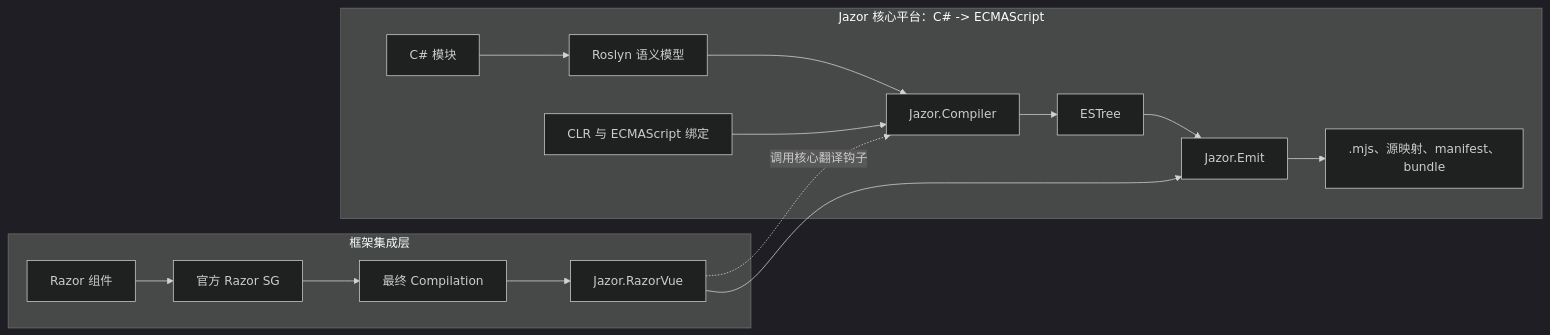
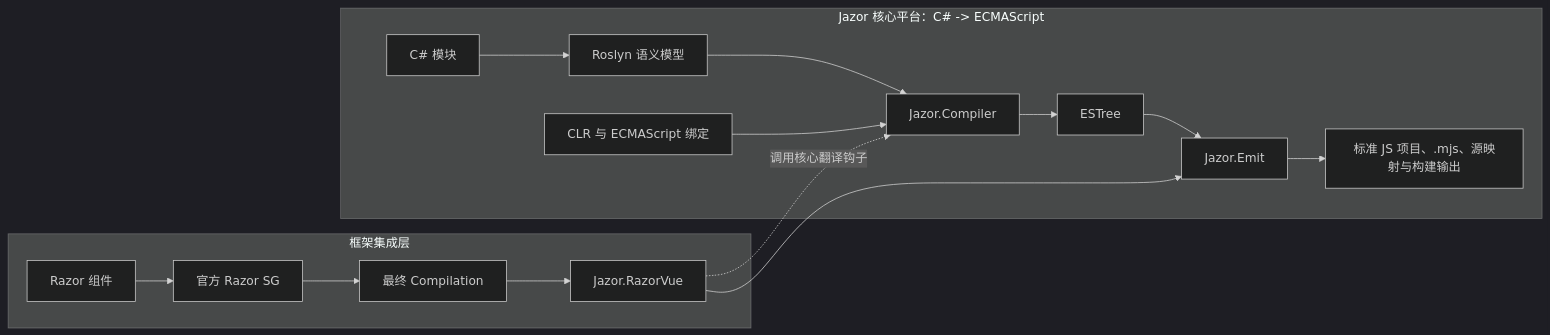
The diagram in README_CN.md (devhxj/Jazor), drawn with Mermaid (dark theme) before and after one commit. The commit also changed other lines of this file and 654 other files, not shown here.

````diff
--- a/README_CN.md
+++ b/README_CN.md
@@ -47,17 +47,17 @@
 ```mermaid
 flowchart LR
     subgraph Core["Jazor 核心平台：C# -> ECMAScript"]
         CSharp["C# 模块"] --> Roslyn["Roslyn 语义模型"]
         Roslyn --> Compiler["Jazor.Compiler"]
         Bindings["CLR 与 ECMAScript 绑定"] --> Compiler
         Compiler --> Ast["ESTree"] --> Emit["Jazor.Emit"]
-        Emit --> Artifacts[".mjs、源映射、manifest、bundle"]
+        Emit --> Artifacts["标准 JS 项目、.mjs、源映射与构建输出"]
     end
 
     subgraph Integrations["框架集成层"]
         Razor["Razor 组件"] --> RazorSG["官方 Razor SG"] --> Compilation["最终 Compilation"]
         Compilation --> RazorVue["Jazor.RazorVue"]
         RazorVue -. 调用核心翻译钩子 .-> Compiler
         RazorVue --> Emit
     end
 ```
````
